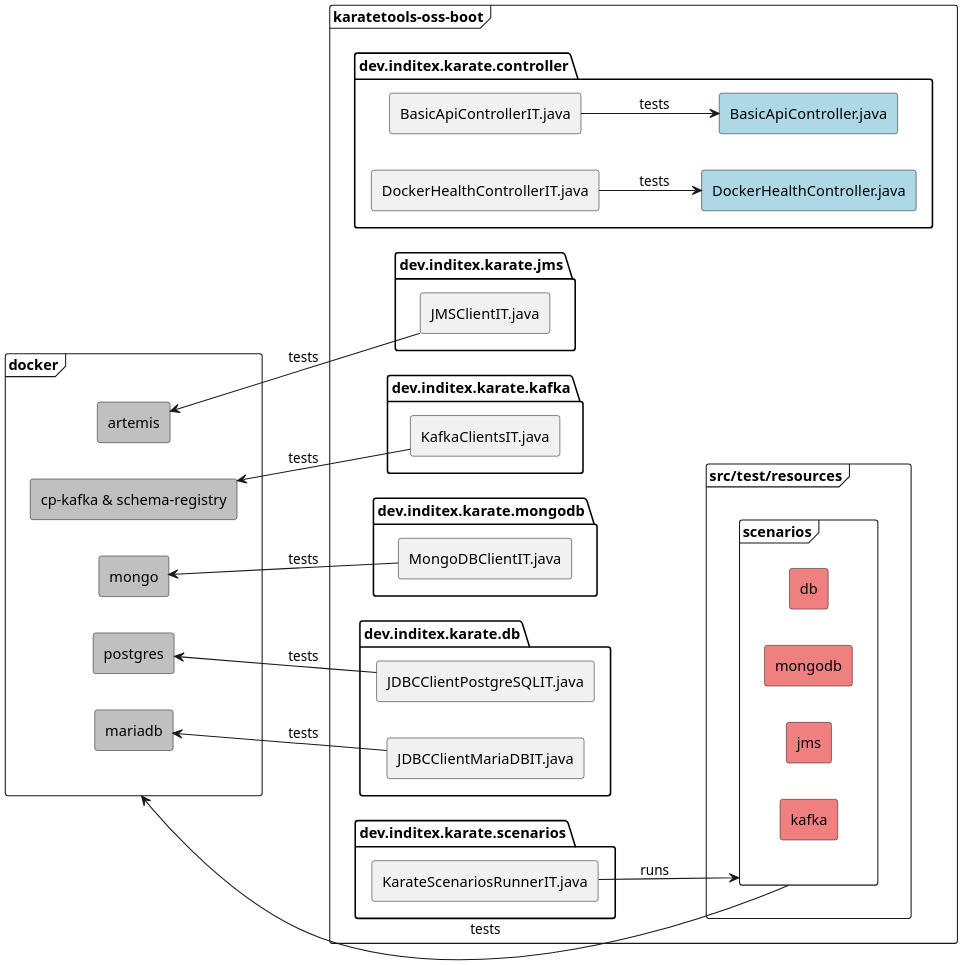
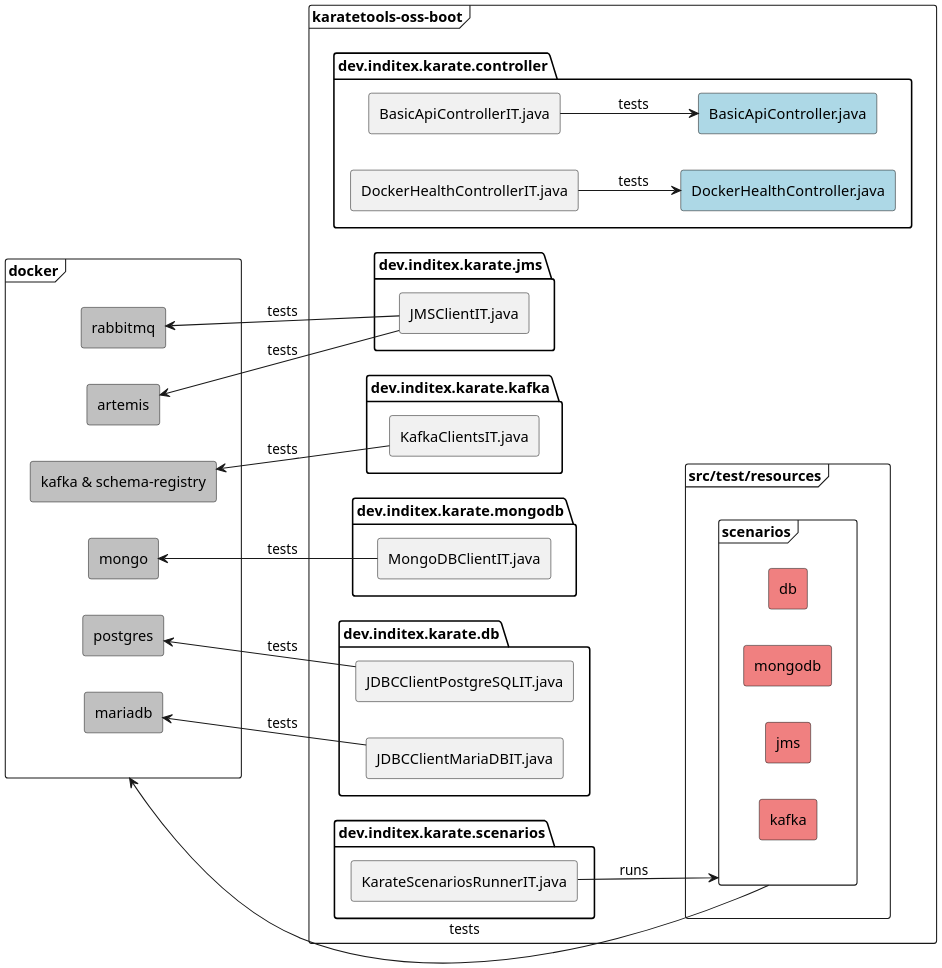
One commit to InditexTech/karatetools-oss changed the diagram in docs/src/modules/puml/partials/karatetools-oss-boot-integration-tests.puml. Above: the diagram before and after it, drawn with PlantUML. The commit also changed 6 other files, not shown here.

```diff
--- a/docs/src/modules/puml/partials/karatetools-oss-boot-integration-tests.puml
+++ b/docs/src/modules/puml/partials/karatetools-oss-boot-integration-tests.puml
@@ -1,66 +1,68 @@
 @startuml karatetools-oss-boot-integration-tests
 skinparam componentStyle rectangle
 left to right direction
 scale 2
 
 frame "karatetools-oss-boot" {
   package "dev.inditex.karate.controller" {
     [BasicApiControllerIT.java]
     [DockerHealthControllerIT.java]
 
     [BasicApiController.java] #LightBlue
     [DockerHealthController.java] #LightBlue
   }
   package "dev.inditex.karate.db" {
     [JDBCClientMariaDBIT.java]
     [JDBCClientPostgreSQLIT.java]
   }
   package "dev.inditex.karate.jms" {
     [JMSClientIT.java]
   }
   package "dev.inditex.karate.kafka" {
     [KafkaClientsIT.java]
   }
   package "dev.inditex.karate.mongodb" {
     [MongoDBClientIT.java]
   }
   package "dev.inditex.karate.scenarios" {
     [KarateScenariosRunnerIT.java]
   }
   frame "src/test/resources" {
     frame "scenarios" {
       [db] #LightCoral
       [mongodb] #LightCoral
       [jms] #LightCoral
       [kafka] #LightCoral
 
       [db] -[hidden]left- [mongodb]
       [mongodb] -[hidden]left- [jms]
       [jms] -[hidden]left- [kafka]
     }
   }
 
   ' Relationships
   [KarateScenariosRunnerIT.java] --> [scenarios] : runs
   [BasicApiControllerIT.java] --> [BasicApiController.java] : tests
   [DockerHealthControllerIT.java] --> [DockerHealthController.java] : tests
 }
 
 frame docker {
   [artemis] #Silver
-  [cp-kafka & schema-registry] #Silver
+  [rabbitmq] #Silver
+  [kafka & schema-registry] #Silver
   [mariadb] #Silver
   [mongo] #Silver
   [postgres] #Silver
 }
 
 ' Relationships
 
 [JDBCClientMariaDBIT.java] -up-> [mariadb] : tests
 [JDBCClientPostgreSQLIT.java] -up-> [postgres] : tests
 [MongoDBClientIT.java] -up-> [mongo] : tests
-[KafkaClientsIT.java] -up-> [cp-kafka & schema-registry] : tests
+[KafkaClientsIT.java] -up-> [kafka & schema-registry] : tests
 [JMSClientIT.java] -up-> [artemis] : tests
+[JMSClientIT.java] -up-> [rabbitmq] : tests
 
 [scenarios] --> [docker] : tests
 @enduml
```
